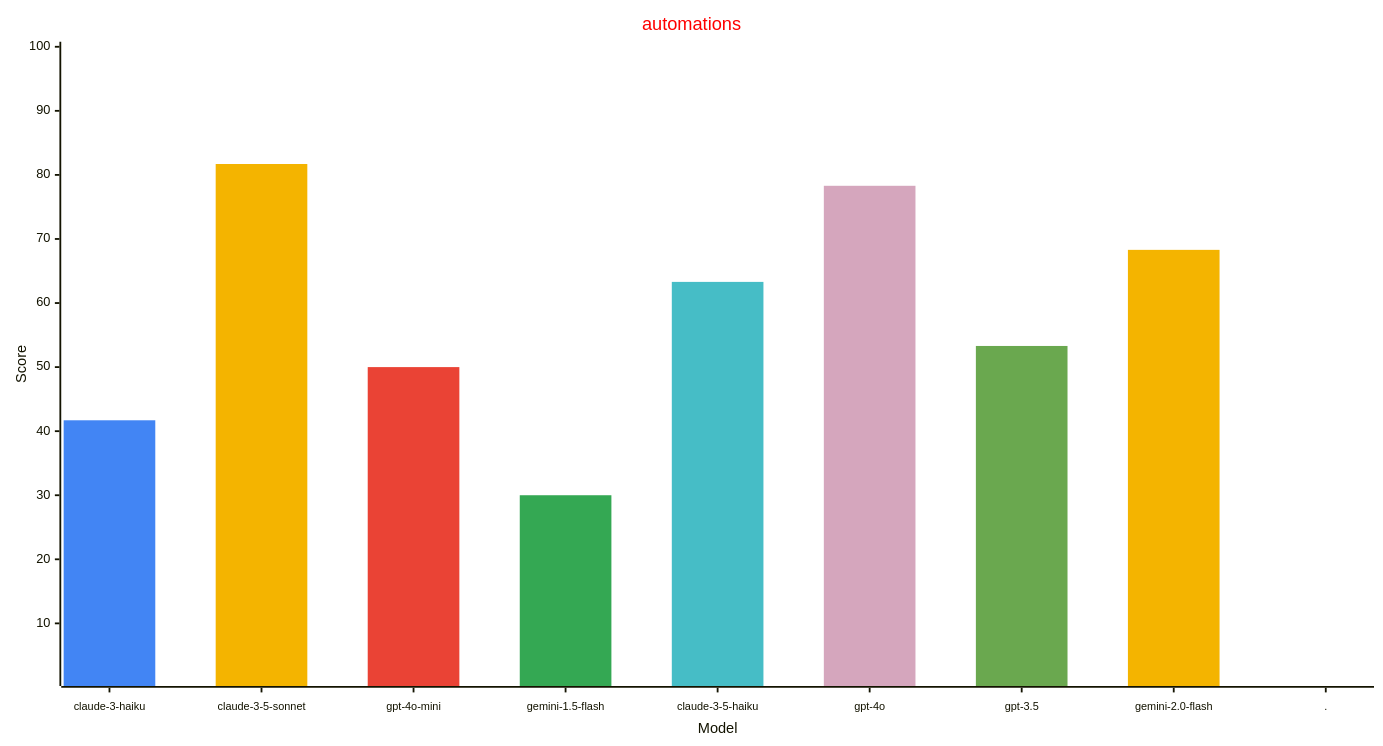
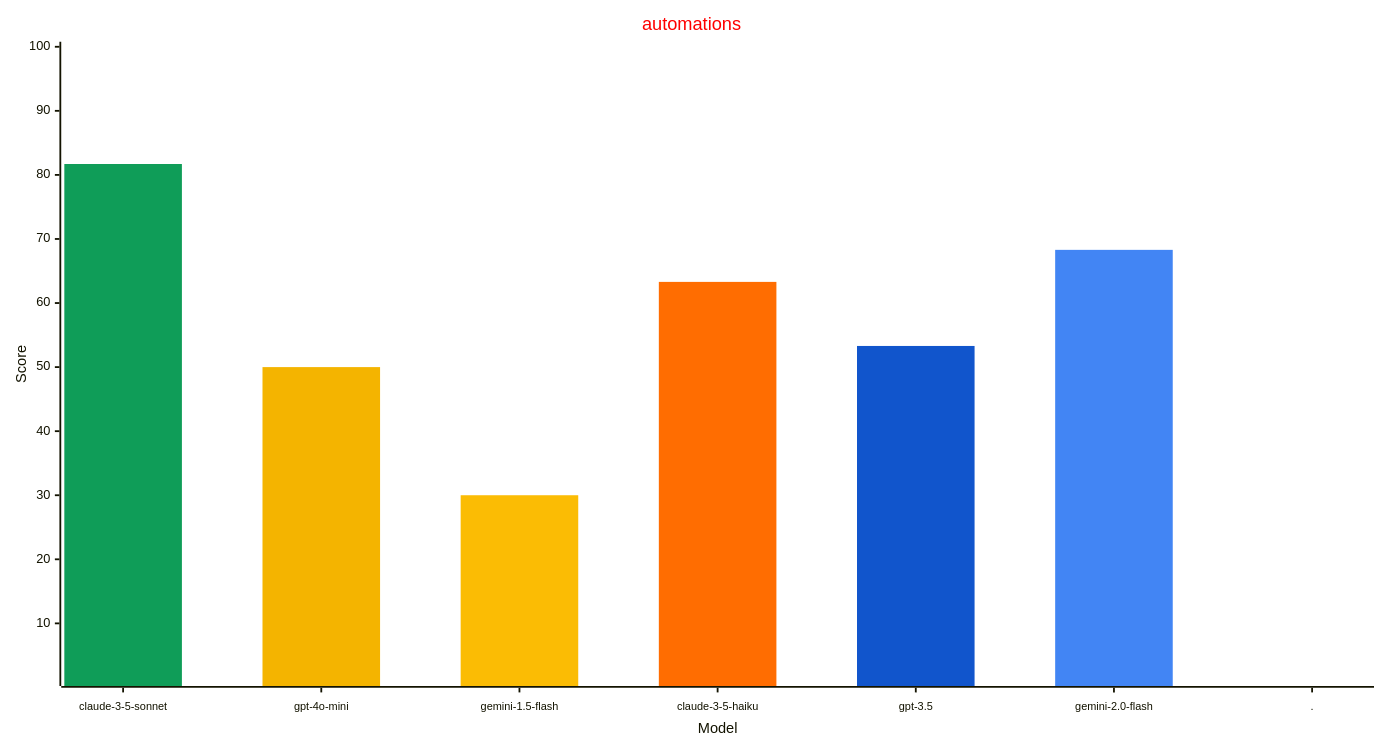
Before and after one commit to allenporter/home-assistant-datasets: the third of 4 diagrams in reports/README.md, drawn with Mermaid. The commit also changed other lines of this file and 3 other files, not shown here.

````diff
--- a/reports/README.md
+++ b/reports/README.md
@@ -153,29 +144,27 @@
 ```mermaid
 ---
 config:
     xyChart:
         width: 1500
         height: 800
         xAxis:
           labelFontSize: 12
           labelPadding: 8
     themeVariables:
         xyChart:
             titleColor: "#ff0000"
-            plotColorPalette: "#4285f4, #f4b400, #ea4335, #34a853, #46bdc6, #d5a6bd, #6aa84f, #f4b400, #4285f4"
+            plotColorPalette: "#0f9d58, #f4b400, #fbbc04, #ff6d01, #1155cc, #4285f4, #4285f4"
 
 ---
 xychart-beta
   title "automations"
-  x-axis "Model" [claude-3-haiku, claude-3-5-sonnet, gpt-4o-mini, gemini-1.5-flash, claude-3-5-haiku, gpt-4o, gpt-3.5, gemini-2.0-flash, .]
+  x-axis "Model" [claude-3-5-sonnet, gpt-4o-mini, gemini-1.5-flash, claude-3-5-haiku, gpt-3.5, gemini-2.0-flash, .]
   y-axis "Score" 1 --> 100
-  bar [41.7, 0.0, 0.0, 0.0, 0.0, 0.0, 0.0, 0.0, 0.0]
-  bar [0.0, 81.7, 0.0, 0.0, 0.0, 0.0, 0.0, 0.0, 0.0]
-  bar [0.0, 0.0, 50.0, 0.0, 0.0, 0.0, 0.0, 0.0, 0.0]
-  bar [0.0, 0.0, 0.0, 30.0, 0.0, 0.0, 0.0, 0.0, 0.0]
-  bar [0.0, 0.0, 0.0, 0.0, 63.3, 0.0, 0.0, 0.0, 0.0]
-  bar [0.0, 0.0, 0.0, 0.0, 0.0, 78.3, 0.0, 0.0, 0.0]
-  bar [0.0, 0.0, 0.0, 0.0, 0.0, 0.0, 53.3, 0.0, 0.0]
-  bar [0.0, 0.0, 0.0, 0.0, 0.0, 0.0, 0.0, 68.3, 0.0]
-  bar [0.0, 0.0, 0.0, 0.0, 0.0, 0.0, 0.0, 0.0, -1.0]
+  bar [81.7, 0.0, 0.0, 0.0, 0.0, 0.0, 0.0]
+  bar [0.0, 50.0, 0.0, 0.0, 0.0, 0.0, 0.0]
+  bar [0.0, 0.0, 30.0, 0.0, 0.0, 0.0, 0.0]
+  bar [0.0, 0.0, 0.0, 63.3, 0.0, 0.0, 0.0]
+  bar [0.0, 0.0, 0.0, 0.0, 53.3, 0.0, 0.0]
+  bar [0.0, 0.0, 0.0, 0.0, 0.0, 68.3, 0.0]
+  bar [0.0, 0.0, 0.0, 0.0, 0.0, 0.0, -1.0]
 ```
````
